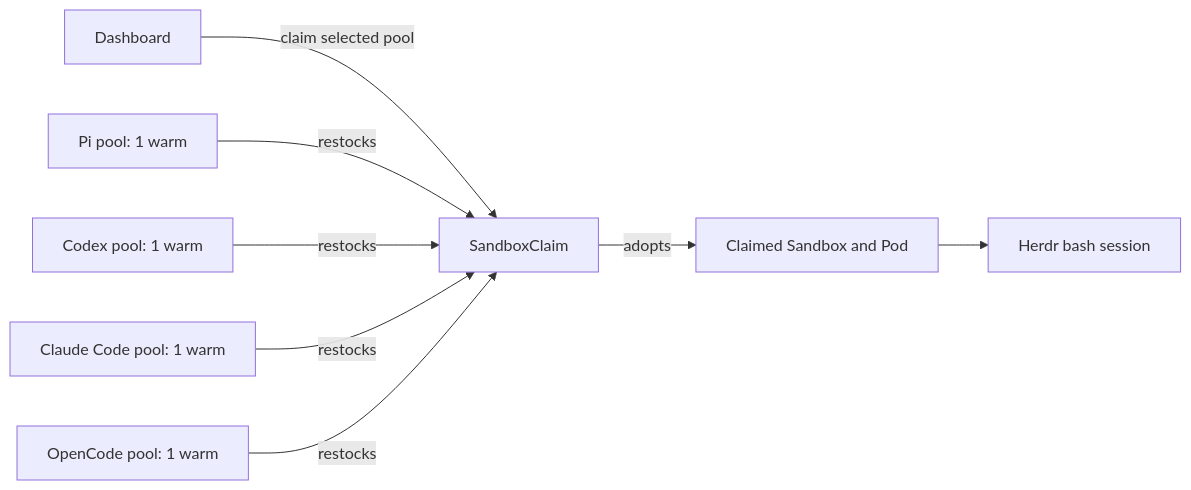
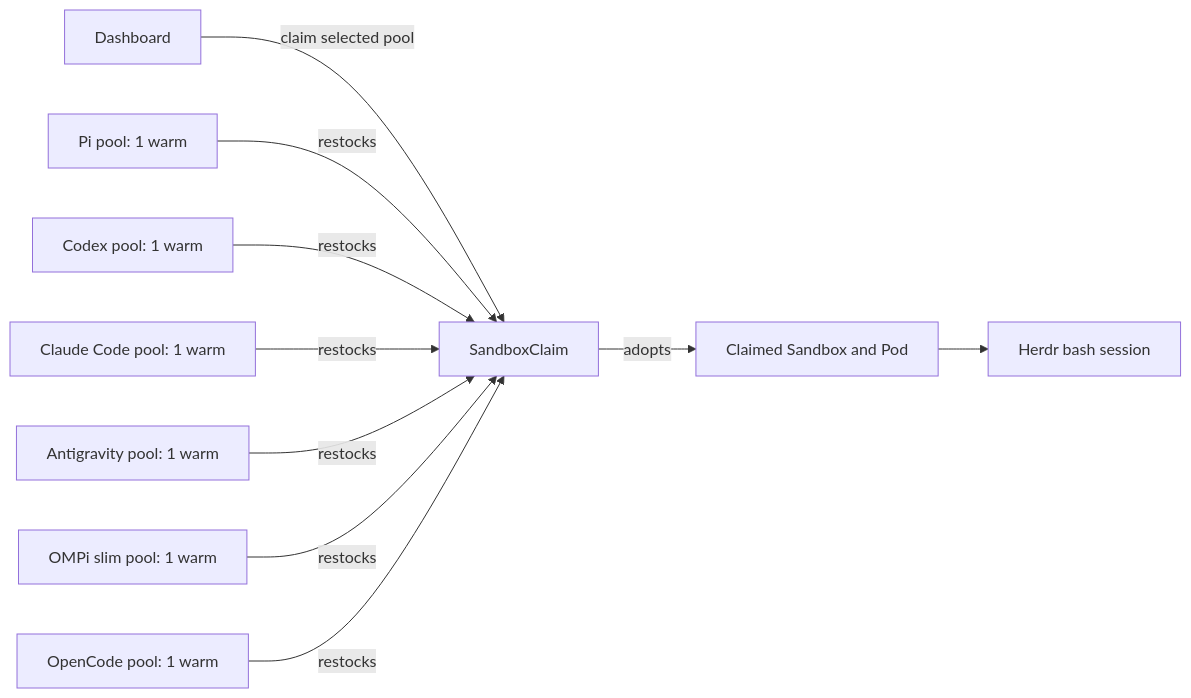
Before and after one commit to tmih06/nightshift: the first of 2 diagrams in ARCHITECTURE.md, drawn with Mermaid. The commit also changed other lines of this file and 10 other files, not shown here.

First line of the commit message:
feat(warmpool): add agy and ompig-slim pools

````diff
--- a/ARCHITECTURE.md
+++ b/ARCHITECTURE.md
@@ -16,10 +16,12 @@
 ```mermaid
 flowchart LR
   Dashboard -->|claim selected pool| Claim[SandboxClaim]
   Claim -->|adopts| Sandbox[Claimed Sandbox and Pod]
   Sandbox --> Session[Herdr bash session]
   Pi[Pi pool: 1 warm] -->|restocks| Claim
   Codex[Codex pool: 1 warm] -->|restocks| Claim
   Claude[Claude Code pool: 1 warm] -->|restocks| Claim
+  Agy[Antigravity pool: 1 warm] -->|restocks| Claim
+  Ompig[OMPi slim pool: 1 warm] -->|restocks| Claim
   OpenCode[OpenCode pool: 1 warm] -->|restocks| Claim
 ```
````
